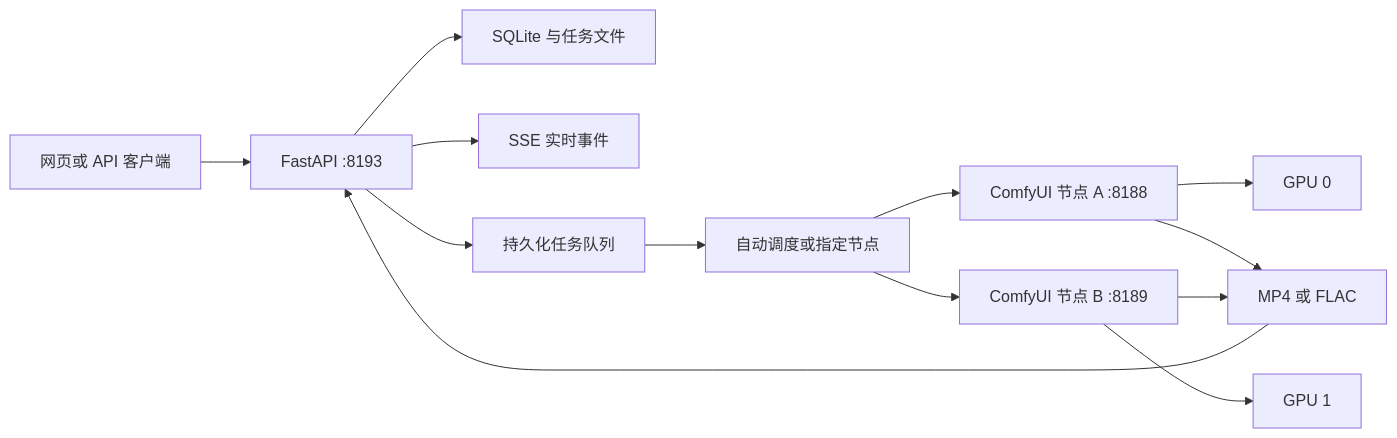
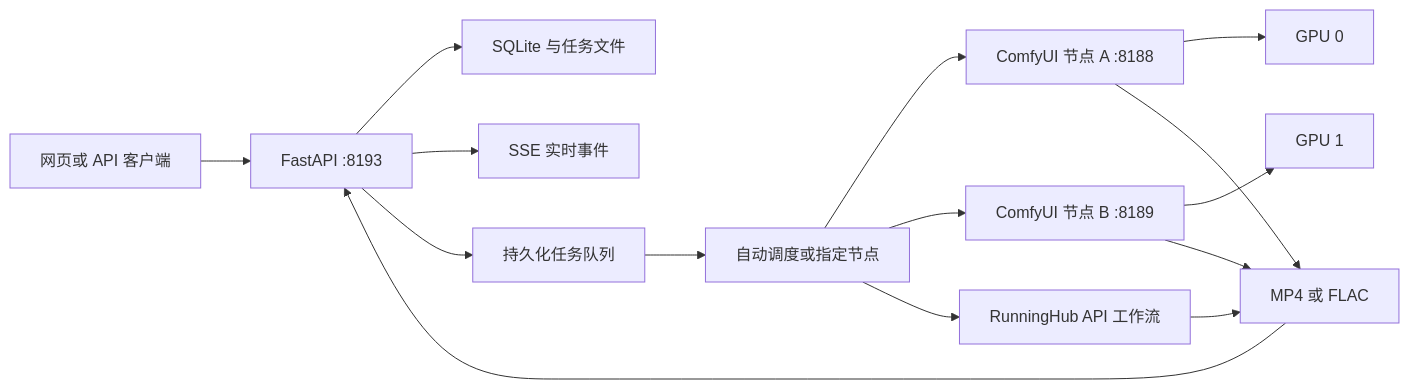
One commit to SekiyoKana/minimax-studio-webui changed the diagram in README.md. Above: the diagram before and after it, drawn with Mermaid. The commit also changed other lines of this file and 16 other files, not shown here.

Commit message:
Add RunningHub workflow node support

````diff
--- a/README.md
+++ b/README.md
@@ -118,15 +134,17 @@
 ```mermaid
 flowchart LR
     U["网页或 API 客户端"] --> A["FastAPI :8193"]
     A --> D["SQLite 与任务文件"]
     A --> S["SSE 实时事件"]
     A --> Q["持久化任务队列"]
     Q --> L["自动调度或指定节点"]
     L --> C1["ComfyUI 节点 A :8188"]
     L --> C2["ComfyUI 节点 B :8189"]
+    L --> R["RunningHub API 工作流"]
     C1 --> G1["GPU 0"]
     C2 --> G2["GPU 1"]
     C1 --> O["MP4 或 FLAC"]
     C2 --> O
+    R --> O
     O --> A
 ```
````
